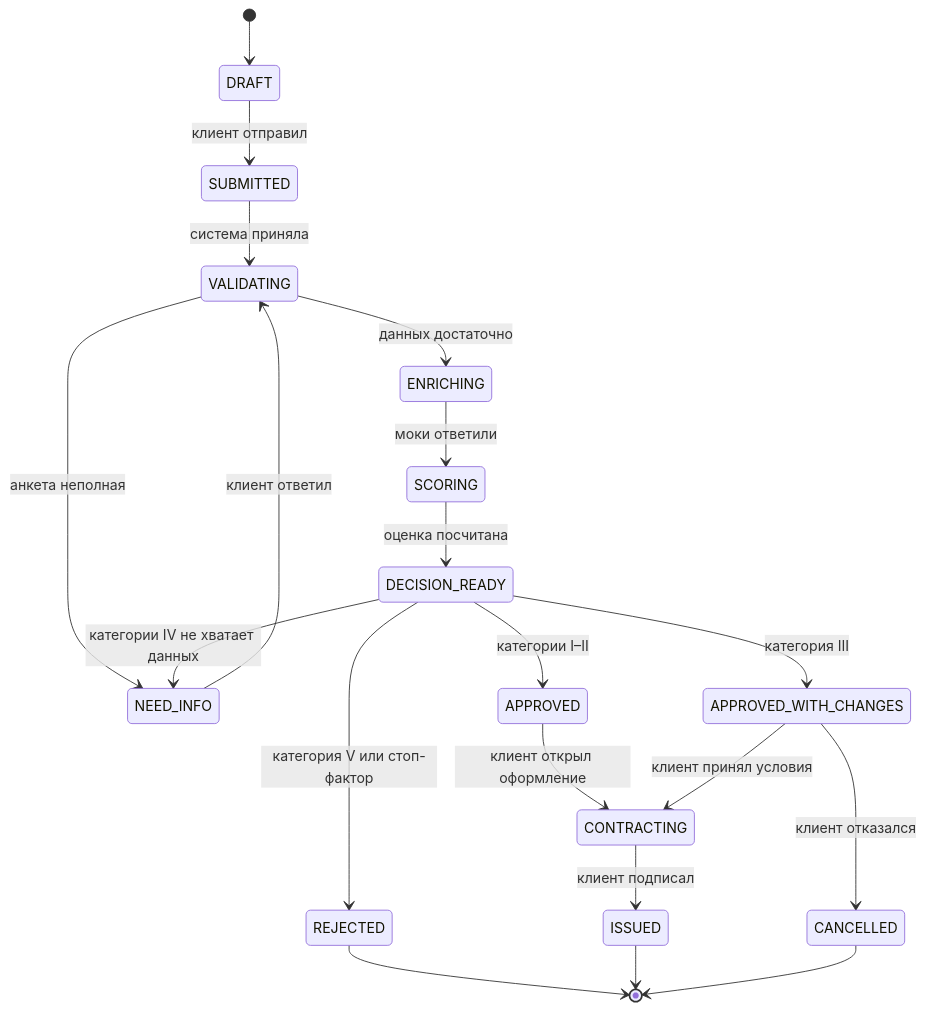
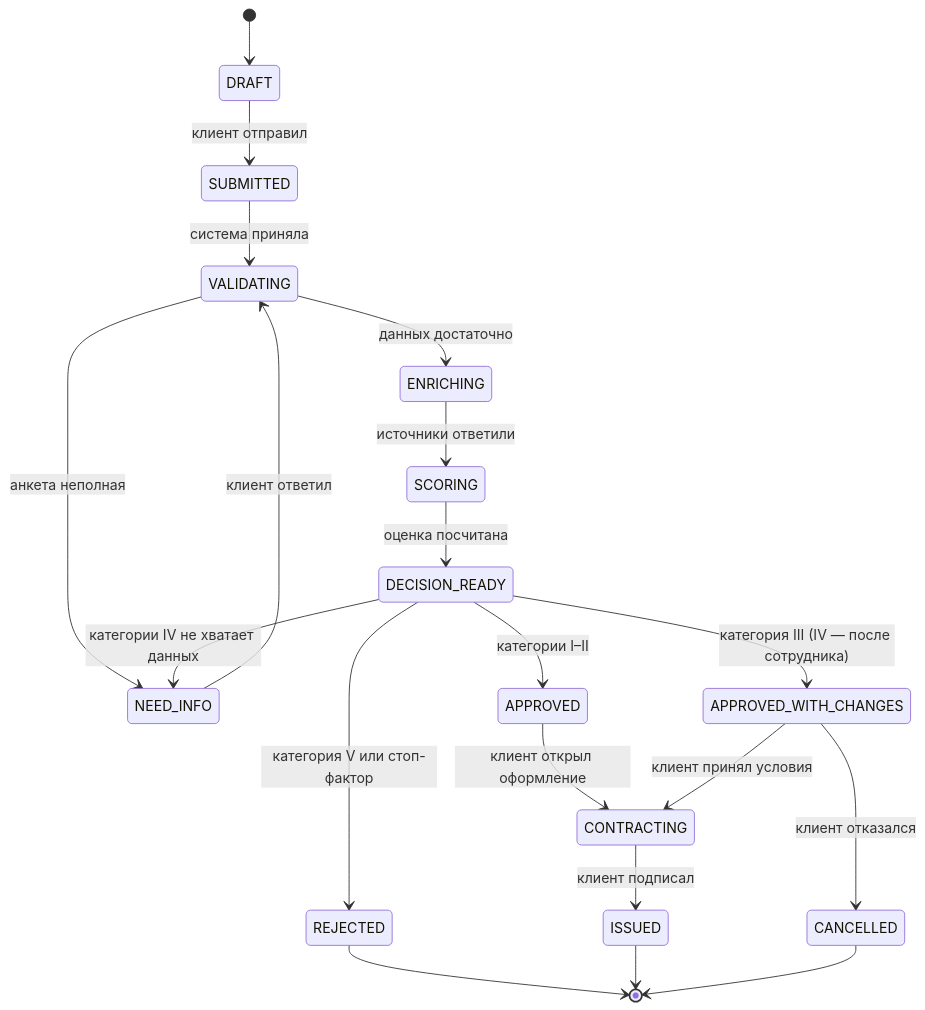
The diagram in docs/state-machine.md (SachEnka/Kxakaton), drawn with Mermaid before and after one commit. The commit also changed other lines of this file and 10 other files, not shown here.

````diff
--- a/docs/state-machine.md
+++ b/docs/state-machine.md
@@ -5,22 +9,22 @@
 ```mermaid
 stateDiagram-v2
     [*] --> DRAFT
     DRAFT --> SUBMITTED: клиент отправил
     SUBMITTED --> VALIDATING: система приняла
     VALIDATING --> NEED_INFO: анкета неполная
     VALIDATING --> ENRICHING: данных достаточно
     NEED_INFO --> VALIDATING: клиент ответил
-    ENRICHING --> SCORING: моки ответили
+    ENRICHING --> SCORING: источники ответили
     SCORING --> DECISION_READY: оценка посчитана
     DECISION_READY --> APPROVED: категории I–II
-    DECISION_READY --> APPROVED_WITH_CHANGES: категория III
+    DECISION_READY --> APPROVED_WITH_CHANGES: категория III (IV — после сотрудника)
     DECISION_READY --> NEED_INFO: категории IV не хватает данных
     DECISION_READY --> REJECTED: категория V или стоп-фактор
     APPROVED --> CONTRACTING: клиент открыл оформление
     APPROVED_WITH_CHANGES --> CONTRACTING: клиент принял условия
     APPROVED_WITH_CHANGES --> CANCELLED: клиент отказался
     CONTRACTING --> ISSUED: клиент подписал
     REJECTED --> [*]
     ISSUED --> [*]
     CANCELLED --> [*]
 ```
````
